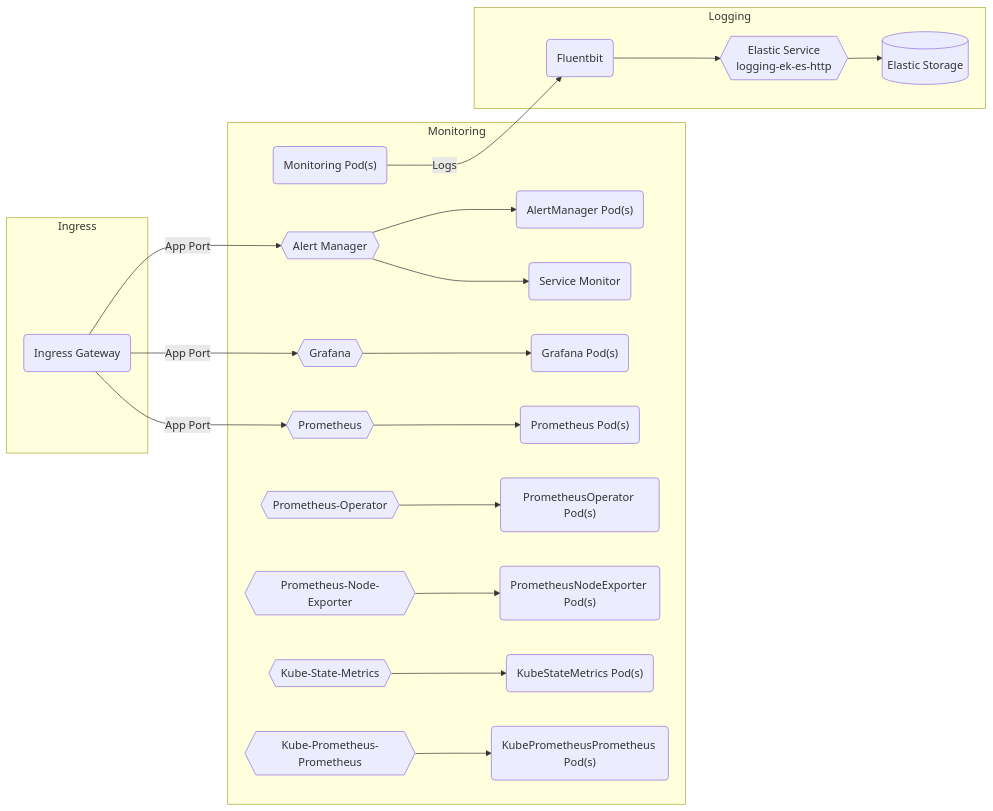
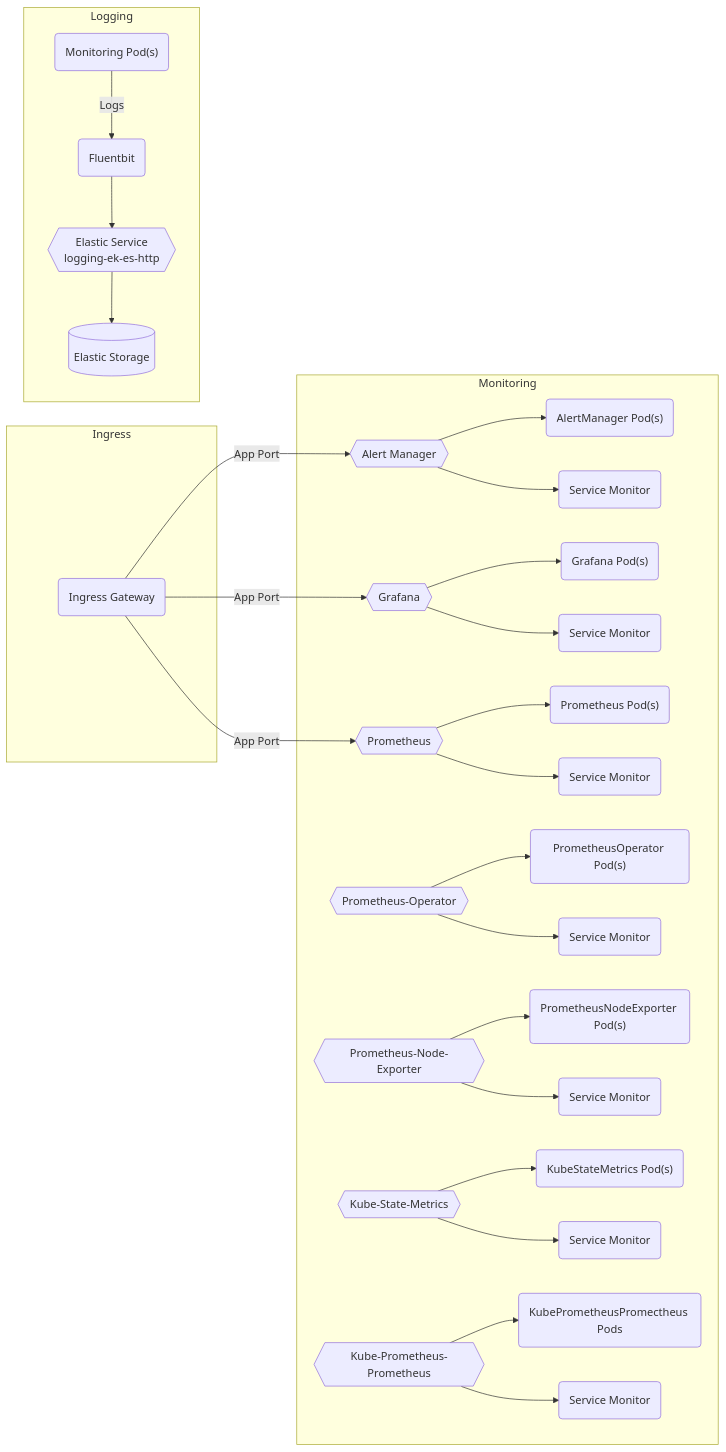
One commit to sbko/bigbang changed the diagram in charter/packages/monitoring/Architecture.md. Above: the diagram before and after it, drawn with Mermaid.

Commit message:
monitoring architecture

````diff
--- a/charter/packages/monitoring/Architecture.md
+++ b/charter/packages/monitoring/Architecture.md
@@ -12,29 +12,34 @@
  ```mermaid
 graph LR
   subgraph "Monitoring"
-    monitoringpods("Monitoringt Pod(s)")
     alertmanager{{Alert Manager}} --> alertmanagerpods("AlertManager Pod(s)")
     alertmanager{{Alert Manager}} --> alertmanagersvcmonitor("Service Monitor")
     grafana{{Grafana}} --> grafanapods("Grafana  Pod(s)")
+    grafana{{Grafana}} --> grafanasvcmonitor("Service Monitor")
     prometheus{{Prometheus}} --> prometheuspods("Prometheus Pod(s)")
+    prometheus{{Prometheus}} --> prometheussvcmonitor("Service Monitor")
     prometheus-operator{{Prometheus-Operator}} --> prometheusoperatorpods("PrometheusOperator Pod(s)")
-    prometheus-node-exporter{{Prometheus-Node-Exporter}} --> prometheusnodeexporter("PrometheusNodeExporter Pod(s)")
-    kube-state-metrics{{Kube-State-Metrics}} --> kubestatemetrics("KubeStateMetrics Pod(s)")
-    kube-prometheus-prometheus{{Kube-Prometheus-Prometheus}} --> kubeprometheusprometheus("KubePrometheusPrometheus Pod(s)")
+    prometheus-operator{{Prometheus-Operator}} --> prometheusoperatorsvcmonitor("Service Monitor")
+    prometheus-node-exporter{{Prometheus-Node-Exporter}} --> prometheusnodeexporterpods("PrometheusNodeExporter Pod(s)")
+    prometheus-node-exporter{{Prometheus-Node-Exporter}} --> prometheusnodeexportersvcmonitor("Service Monitor")
+    kube-state-metrics{{Kube-State-Metrics}} --> kubestatemetricspods("KubeStateMetrics Pod(s)")
+    kube-state-metrics{{Kube-State-Metrics}} --> kubestatemetricssvcmonitor("Service Monitor")
+    kube-prometheus-prometheus{{Kube-Prometheus-Prometheus}} --> kubeprometheusprometheuspod("KubePrometheusPromectheus Pods")
+   kube-prometheus-prometheus{{Kube-Prometheus-Prometheus}} --> kubeprometheusprometheussvcmonitor("Service Monitor")
 
   end      
 
   subgraph "Ingress"
     ig(Ingress Gateway) --"App Port"--> alertmanager
     ig(Ingress Gateway) --"App Port"--> grafana
      ig(Ingress Gateway) --"App Port"--> prometheus
      
   end
 
 
   subgraph "Logging"
     monitoringpods("Monitoring Pod(s)") --"Logs"--> fluent(Fluentbit) --> logging-ek-es-http
     logging-ek-es-http{{Elastic Service<br />logging-ek-es-http}} --> elastic[(Elastic Storage)]
   end
   
 ```   
````
